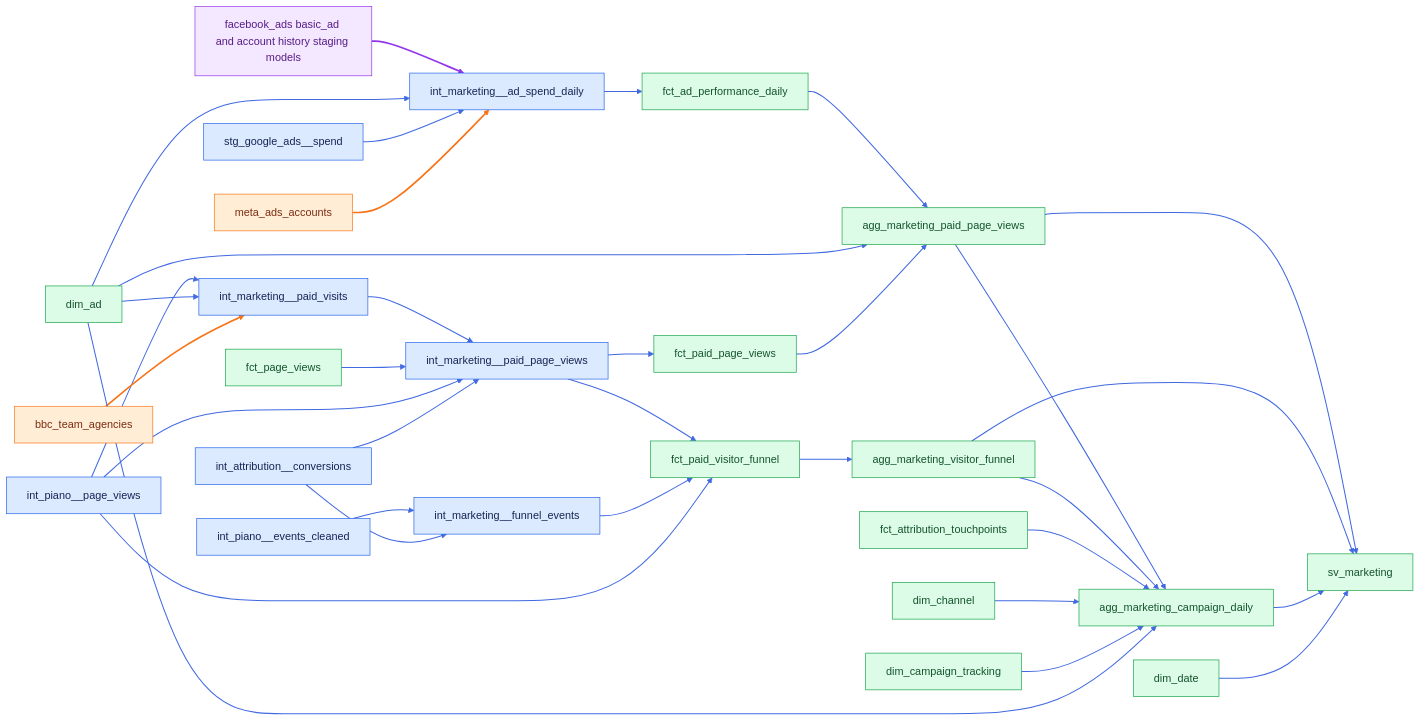
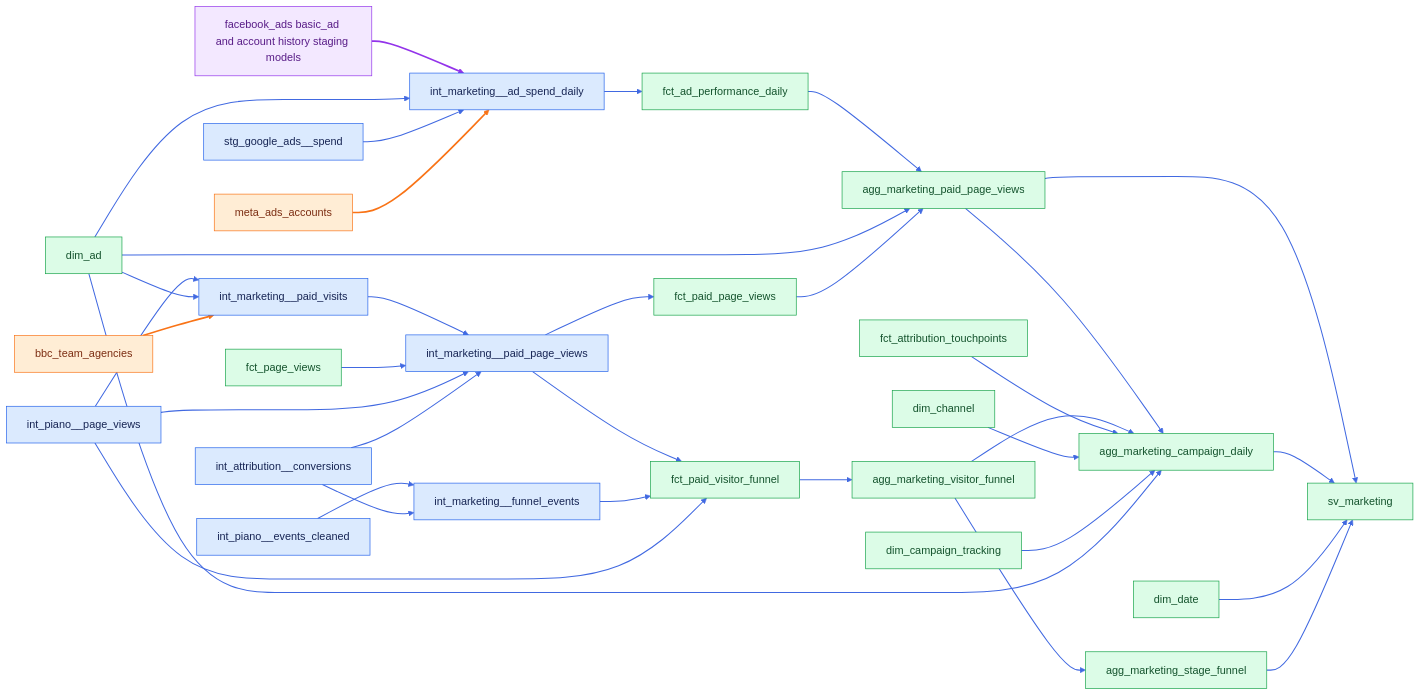
Before and after one commit to angelatanbbc/angela_bbc: the seventh of 10 diagrams in docs/lineage.md, drawn with Mermaid. The commit also changed other lines of this file and 4 other files, not shown here.

First line of the commit message:
Gave sv_marketing the dashboard's funnel by stage

````diff
--- a/docs/lineage.md
+++ b/docs/lineage.md
@@ -242,42 +242,43 @@
 ```mermaid
 graph LR
     classDef seed fill:#ffedd5,stroke:#f97316,color:#7c2d12
     classDef model fill:#dbeafe,stroke:#2563eb,color:#172554
     classDef mart fill:#dcfce7,stroke:#16a34a,color:#14532d
     classDef package fill:#f3e8ff,stroke:#9333ea,color:#581c87
     page_views["int_piano__page_views"]:::model --> paid_visits["int_marketing__paid_visits"]:::model
     ad["dim_ad"]:::mart --> paid_visits
     agencies["bbc_team_agencies"]:::seed --> paid_visits
     paid_visits --> paid_pv["int_marketing__paid_page_views"]:::model
     fct_pv["fct_page_views"]:::mart --> paid_pv
     page_views --> paid_pv
     conversions["int_attribution__conversions"]:::model --> paid_pv
     cleaned["int_piano__events_cleaned"]:::model --> funnel_events["int_marketing__funnel_events"]:::model
     conversions --> funnel_events
     fb["facebook_ads basic_ad and account history staging models"]:::package --> spend["int_marketing__ad_spend_daily"]:::model
     ad --> spend
     google_stg["stg_google_ads__spend"]:::model --> spend
     accounts["meta_ads_accounts"]:::seed --> spend
     spend --> perf["fct_ad_performance_daily"]:::mart
     paid_pv --> fct_paid["fct_paid_page_views"]:::mart
     paid_pv --> funnel["fct_paid_visitor_funnel"]:::mart
     funnel_events --> funnel
     perf --> g3["agg_marketing_paid_page_views"]:::mart
     ad --> g3
     fct_paid --> g3
     funnel --> g4["agg_marketing_visitor_funnel"]:::mart
     g3 --> g5["agg_marketing_campaign_daily"]:::mart
     g4 --> g5
     attribution["fct_attribution_touchpoints"]:::mart --> g5
     channel["dim_channel"]:::mart --> g5
     tracking["dim_campaign_tracking"]:::mart --> g5
     ad --> g5
     page_views --> funnel
     g3 --> sv_m["sv_marketing"]:::mart
-    g4 --> sv_m
+    g4 --> g6["agg_marketing_stage_funnel"]:::mart
     g5 --> sv_m
     dates["dim_date"]:::mart --> sv_m
-    linkStyle 0,1,3,4,5,6,7,8,10,11,13,14,15,16,17,18,19,20,21,22,23,24,25,26,27,28,29,30,31 stroke:#4169e1,stroke-width:1.5px
+    g6 --> sv_m
+    linkStyle 0,1,3,4,5,6,7,8,10,11,13,14,15,16,17,18,19,20,21,22,23,24,25,26,27,28,29,30,31,32 stroke:#4169e1,stroke-width:1.5px
     linkStyle 2,12 stroke:#f97316,stroke-width:2.5px
     linkStyle 9 stroke:#9333ea,stroke-width:2.5px
 ```
````
